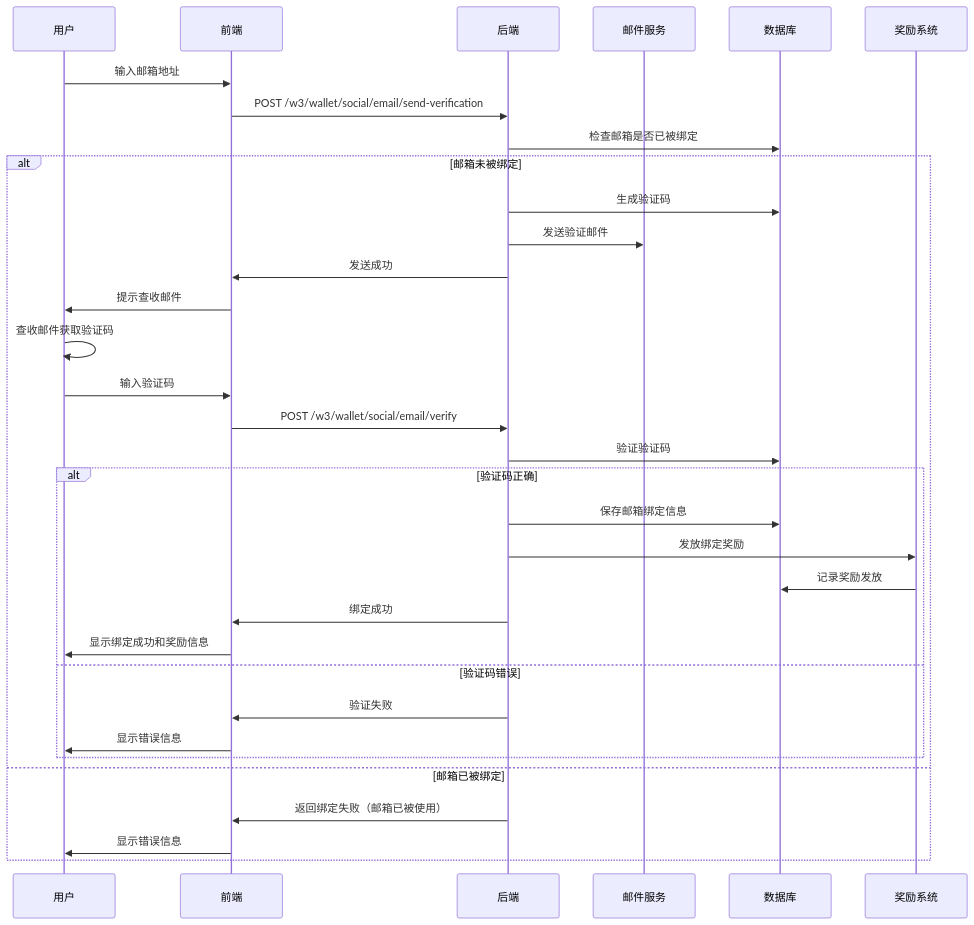
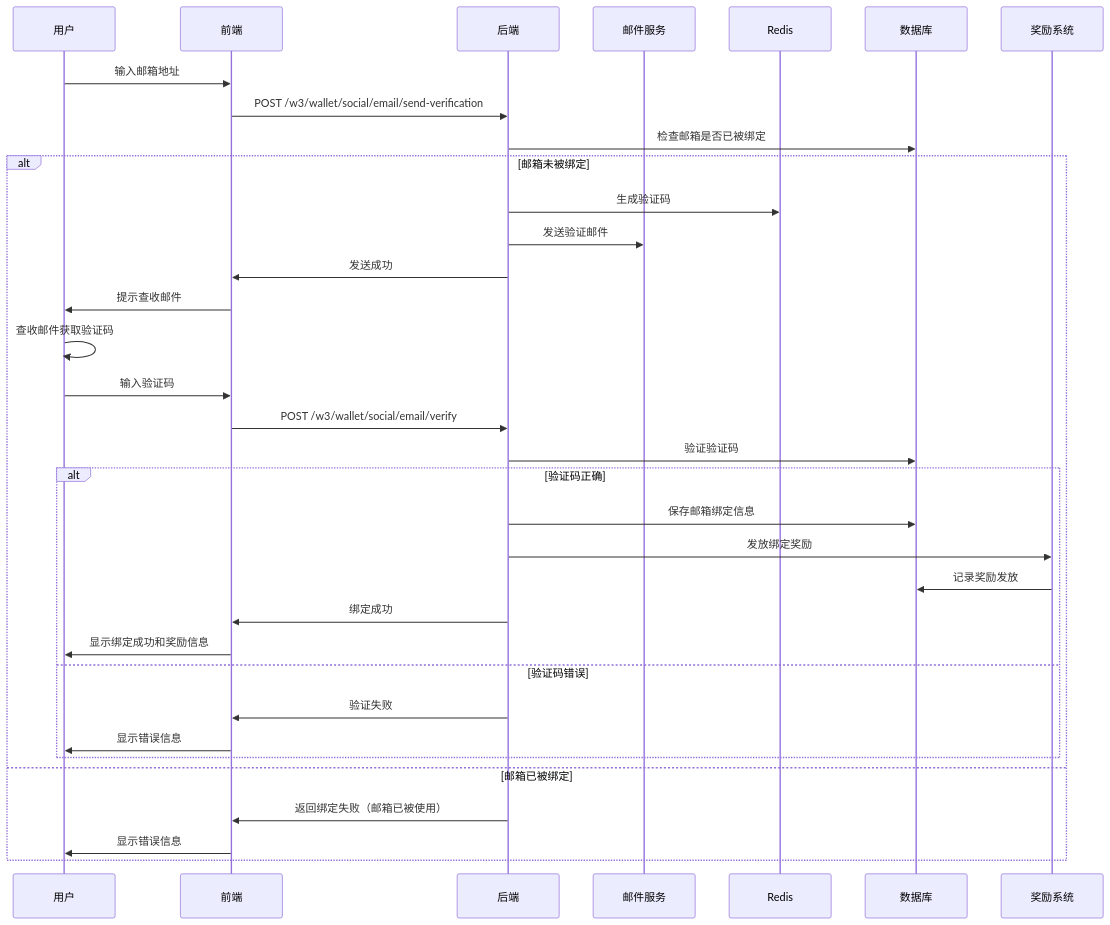
The diagram in all/未命名-71.md (yingjianzh/iodraw-files), drawn with Mermaid before and after one commit.

Commit message:
2025-07-03 16:28:18 update

````diff
--- a/all/未命名-71.md
+++ b/all/未命名-71.md
@@ -1,40 +1,40 @@
 ```mermaid
 sequenceDiagram
     participant User as 用户
     participant Frontend as 前端
     participant Backend as 后端
     participant Email as 邮件服务
-    participant DB as Redis
+    participant Redis as Redis
     participant DB as 数据库
     participant Reward as 奖励系统
 
     User->>Frontend: 输入邮箱地址
     Frontend->>Backend: POST /w3/wallet/social/email/send-verification
     Backend->>DB: 检查邮箱是否已被绑定
     
     alt 邮箱未被绑定
-        Backend->>DB: 生成验证码
+        Backend->>Redis: 生成验证码
         Backend->>Email: 发送验证邮件
         Backend->>Frontend: 发送成功
         Frontend->>User: 提示查收邮件
         
         User->>User: 查收邮件获取验证码
         User->>Frontend: 输入验证码
         Frontend->>Backend: POST /w3/wallet/social/email/verify
         Backend->>DB: 验证验证码
         
         alt 验证码正确
             Backend->>DB: 保存邮箱绑定信息
             Backend->>Reward: 发放绑定奖励
             Reward->>DB: 记录奖励发放
             Backend->>Frontend: 绑定成功
             Frontend->>User: 显示绑定成功和奖励信息
         else 验证码错误
             Backend->>Frontend: 验证失败
             Frontend->>User: 显示错误信息
         end
     else 邮箱已被绑定
         Backend->>Frontend: 返回绑定失败（邮箱已被使用）
         Frontend->>User: 显示错误信息
     end
 ```
````
